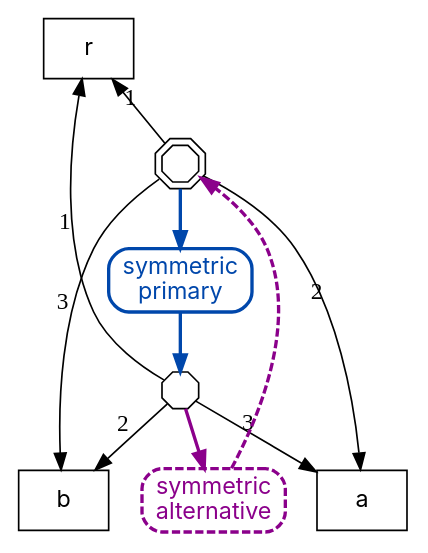
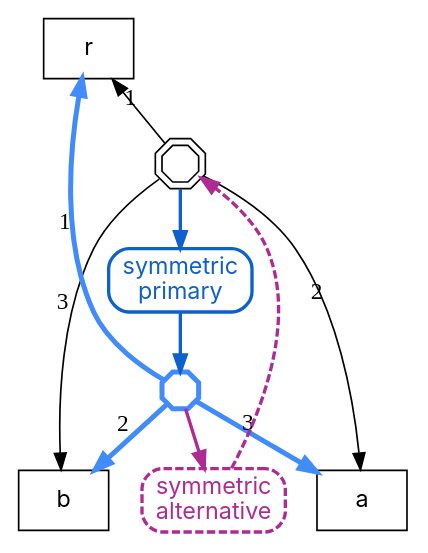
One commit to agutikov/ein changed the diagram in docs/ein/reasoning/02-kb-evolution/diagrams/09-cyclic.dot. Above: the diagram before and after it, drawn with Graphviz. The commit also changed 31 other files, not shown here.

```diff
--- a/docs/ein/reasoning/02-kb-evolution/diagrams/09-cyclic.dot
+++ b/docs/ein/reasoning/02-kb-evolution/diagrams/09-cyclic.dot
@@ -1,18 +1,18 @@
 digraph cyclic {
   rankdir=TB;
   node [fontname="Inter", shape=box];
   ab [shape=octagon, label="", width=0.3, height=0.3, fixedsize=true, peripheries=2];
-  ba [shape=octagon, label="", width=0.3, height=0.3, fixedsize=true];
-  s1 [label="symmetric\nprimary", style="rounded", color="#0047ab", fontcolor="#0047ab", penwidth=2];
-  s2 [label="symmetric\nalternative", style="rounded,dashed", color="#8b008b", fontcolor="#8b008b", penwidth=2];
+  ba [shape=octagon, label="", width=0.3, height=0.3, fixedsize=true, color="#418cfa", fontcolor="#418cfa", penwidth=3];
+  s1 [label="symmetric\nprimary", style="rounded", color="#0e61cc", fontcolor="#0e61cc", penwidth=2];
+  s2 [label="symmetric\nalternative", style="rounded,dashed", color="#af2b94", fontcolor="#af2b94", penwidth=2];
   "r" -> ab [xlabel="1", dir=back];
   ab -> "a" [xlabel="2"];
   ab -> "b" [xlabel="3"];
-  "r" -> ba [xlabel="1", dir=back];
-  ba -> "b" [xlabel="2"];
-  ba -> "a" [xlabel="3"];
-  ab -> s1 [color="#0047ab", penwidth=2];
-  s1 -> ba [color="#0047ab", penwidth=2];
-  ba -> s2 [color="#8b008b", penwidth=2];
-  s2 -> ab [color="#8b008b", style=dashed, penwidth=2];
+  "r" -> ba [xlabel="1", dir=back, color="#418cfa", penwidth=3];
+  ba -> "b" [xlabel="2", color="#418cfa", penwidth=3];
+  ba -> "a" [xlabel="3", color="#418cfa", penwidth=3];
+  ab -> s1 [color="#0e61cc", penwidth=2];
+  s1 -> ba [color="#0e61cc", penwidth=2];
+  ba -> s2 [color="#af2b94", penwidth=2];
+  s2 -> ab [color="#af2b94", style=dashed, penwidth=2];
 }
```
